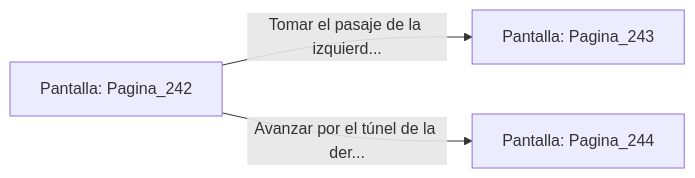
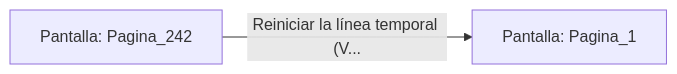
The diagram in sample/eligejuego-vault/Pantalla_Pagina_242.md (metsuke/mpl), drawn with Mermaid before and after one commit. The commit also changed other lines of this file and 635 other files, not shown here.

First line of the commit message:
fix: añadir Pagina_1 como pantalla inicial en capitulo_01.mpl

````diff
--- a/sample/eligejuego-vault/Pantalla_Pagina_242.md
+++ b/sample/eligejuego-vault/Pantalla_Pagina_242.md
@@ -20,6 +17,5 @@
 ```mermaid
 graph LR
     P_Pagina_242["Pantalla: Pagina_242"]
-    P_Pagina_242 -->|"Tomar el pasaje de la izquierd..."| P_Pagina_243["Pantalla: Pagina_243"]
-    P_Pagina_242 -->|"Avanzar por el túnel de la der..."| P_Pagina_244["Pantalla: Pagina_244"]
+    P_Pagina_242 -->|"Reiniciar la línea temporal (V..."| P_Pagina_1["Pantalla: Pagina_1"]
 ```
````
